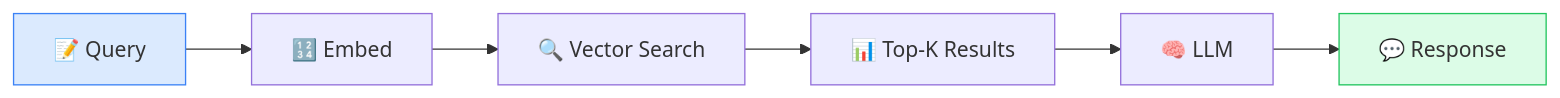
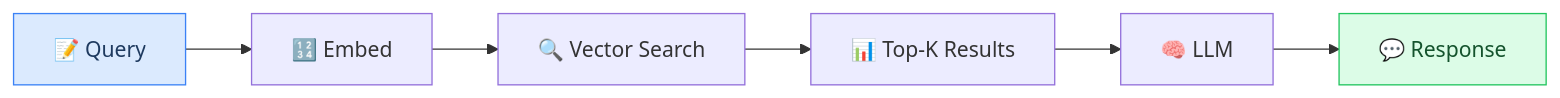
Before and after one commit to asq-sheriff/AI-Production-Checklist: the second of 18 diagrams in docs/TECHNOLOGY-SELECTION-GUIDE.md, drawn with Mermaid. The commit also changed other lines of this file and 8 other files, not shown here.

First line of the commit message:
Fix text contrast in all Mermaid diagrams

````diff
--- a/docs/TECHNOLOGY-SELECTION-GUIDE.md
+++ b/docs/TECHNOLOGY-SELECTION-GUIDE.md
@@ -72,11 +72,11 @@
 ```mermaid
 flowchart LR
     Query[📝 Query] --> Embed[🔢 Embed]
     Embed --> VectorSearch[🔍 Vector Search]
     VectorSearch --> TopK[📊 Top-K Results]
     TopK --> LLM[🧠 LLM]
     LLM --> Response[💬 Response]
 
-    style Query fill:#dbeafe,stroke:#3b82f6
-    style Response fill:#dcfce7,stroke:#22c55e
+    style Query fill:#dbeafe,stroke:#3b82f6,color:#1e3a5f
+    style Response fill:#dcfce7,stroke:#22c55e,color:#14532d
 ```
````
